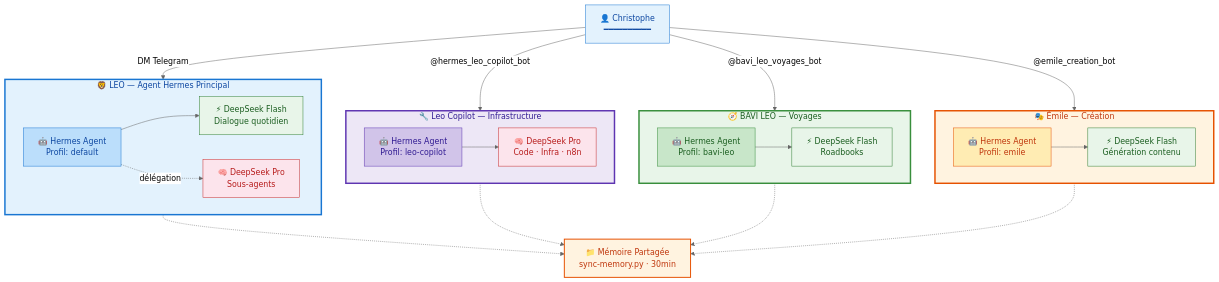
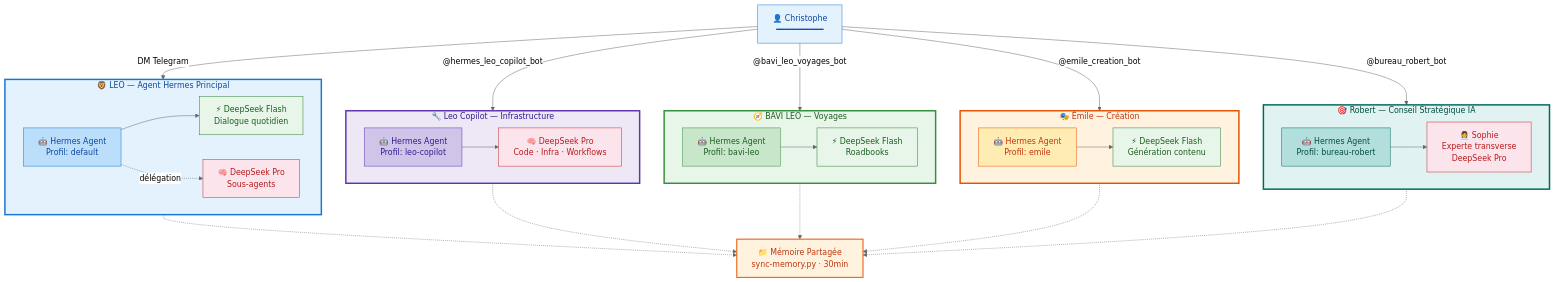
One commit to christophedanhier-hash/hermes-wiki changed the first of 5 diagrams in docs/hermes/architecture-communication.md. Above: the diagram before and after it, drawn with Mermaid (neutral theme). The commit also changed other lines of this file, not shown here.

Commit message:
🤖 Audit: ajout bureau-robert (5e profil) + n8n→workflows + corrections Mermaid

````diff
--- a/docs/hermes/architecture-communication.md
+++ b/docs/hermes/architecture-communication.md
@@ -9,66 +9,79 @@
 ```mermaid
 flowchart TD
     User["👤 Christophe<br/>━━━━━━━━━━"]
 
     subgraph LEO_MAIN["🦁 LEO — Agent Hermes Principal"]
         direction LR
         Agent["🤖 Hermes Agent<br/>Profil: default"]
         DS_Flash["⚡ DeepSeek Flash<br/>Dialogue quotidien"]
         DS_Pro_Sub["🧠 DeepSeek Pro<br/>Sous-agents"]
     end
 
     subgraph LEO_COP["🔧 Leo Copilot — Infrastructure"]
         direction LR
         Agent2["🤖 Hermes Agent<br/>Profil: leo-copilot"]
-        DS_Pro["🧠 DeepSeek Pro<br/>Code · Infra · n8n"]
+        DS_Pro["🧠 DeepSeek Pro<br/>Code · Infra · Workflows"]
     end
 
     subgraph BAVI["🧭 BAVI LEO — Voyages"]
         direction LR
         Agent3["🤖 Hermes Agent<br/>Profil: bavi-leo"]
         DS_Flash2["⚡ DeepSeek Flash<br/>Roadbooks"]
     end
 
     subgraph EMILE["🎭 Émile — Création"]
         direction LR
         Agent4["🤖 Hermes Agent<br/>Profil: emile"]
         DS_Flash3["⚡ DeepSeek Flash<br/>Génération contenu"]
     end
 
+    subgraph ROBERT["🎯 Robert — Conseil Stratégique IA"]
+        direction LR
+        Agent5["🤖 Hermes Agent<br/>Profil: bureau-robert"]
+        SOPHIE["👩‍💼 Sophie<br/>Experte transverse<br/>DeepSeek Pro"]
+    end
+
     MEM["📁 Mémoire Partagée<br/>sync-memory.py · 30min"]
 
     User -->|"DM Telegram"| LEO_MAIN
     User -->|"@hermes_leo_copilot_bot"| LEO_COP
     User -->|"@bavi_leo_voyages_bot"| BAVI
     User -->|"@emile_creation_bot"| EMILE
+    User -->|"@bureau_robert_bot"| ROBERT
 
     LEO_MAIN -.-> MEM
     LEO_COP -.-> MEM
     BAVI -.-> MEM
     EMILE -.-> MEM
+    ROBERT -.-> MEM
 
     Agent --> DS_Flash
     Agent -.->|"délégation"| DS_Pro_Sub
 
     Agent2 --> DS_Pro
 
     Agent3 --> DS_Flash2
 
     Agent4 --> DS_Flash3
+
+    Agent5 --> SOPHIE
 
     style User fill:#e3f2fd,stroke:#1976d2,color:#0d47a1
     style LEO_MAIN fill:#e3f2fd,stroke:#1976d2,stroke-width:3px,color:#0d47a1
     style Agent fill:#bbdefb,stroke:#1976d2,color:#0d47a1
     style DS_Flash fill:#e8f5e9,stroke:#2e7d32,color:#1b5e20
     style DS_Pro_Sub fill:#fce4ec,stroke:#c62828,color:#b71c1c
     style LEO_COP fill:#ede7f6,stroke:#5e35b1,stroke-width:3px,color:#311b92
     style Agent2 fill:#d1c4e9,stroke:#5e35b1,color:#311b92
     style DS_Pro fill:#fce4ec,stroke:#c62828,color:#b71c1c
     style BAVI fill:#e8f5e9,stroke:#388e3c,stroke-width:3px,color:#1b5e20
     style Agent3 fill:#c8e6c9,stroke:#388e3c,color:#1b5e20
     style DS_Flash2 fill:#e8f5e9,stroke:#2e7d32,color:#1b5e20
     style EMILE fill:#fff3e0,stroke:#e65100,stroke-width:3px,color:#bf360c
     style Agent4 fill:#ffecb3,stroke:#e65100,color:#bf360c
     style DS_Flash3 fill:#e8f5e9,stroke:#2e7d32,color:#1b5e20
+    style ROBERT fill:#e0f2f1,stroke:#00695c,stroke-width:3px,color:#004d40
+    style Agent5 fill:#b2dfdb,stroke:#00695c,color:#004d40
+    style SOPHIE fill:#fce4ec,stroke:#c62828,color:#b71c1c
     style MEM fill:#fff3e0,stroke:#e65100,stroke-width:2px,color:#bf360c
 ```
````
